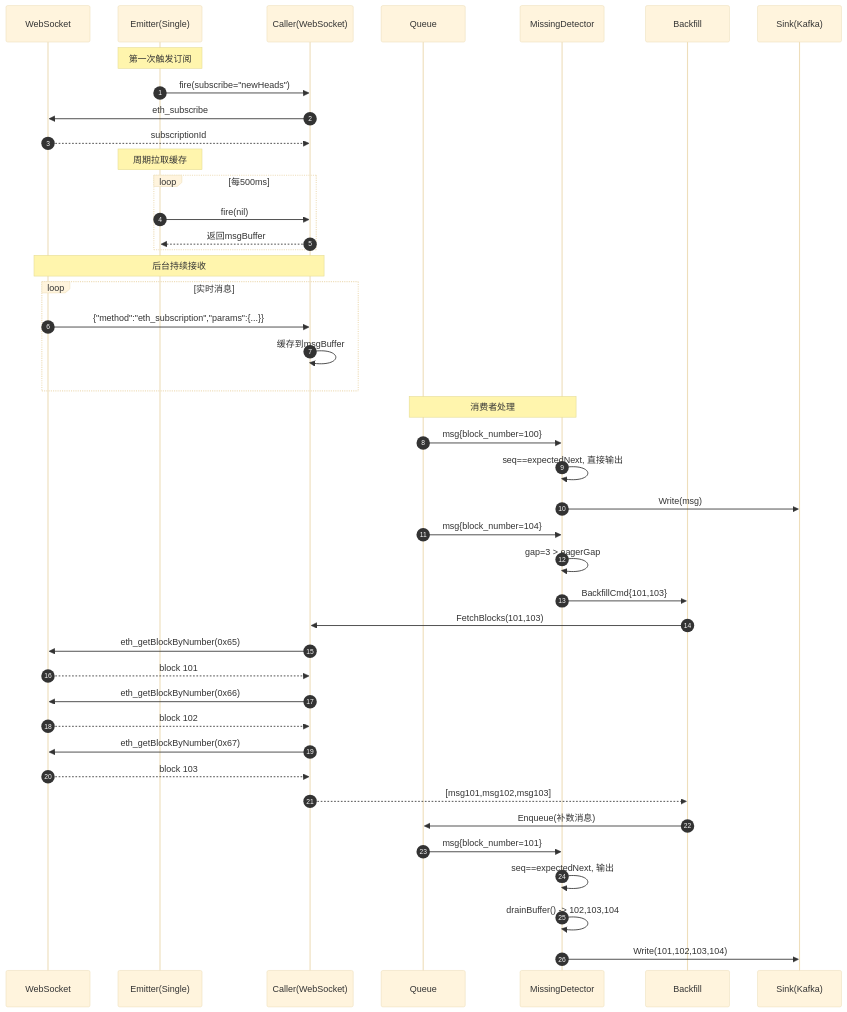
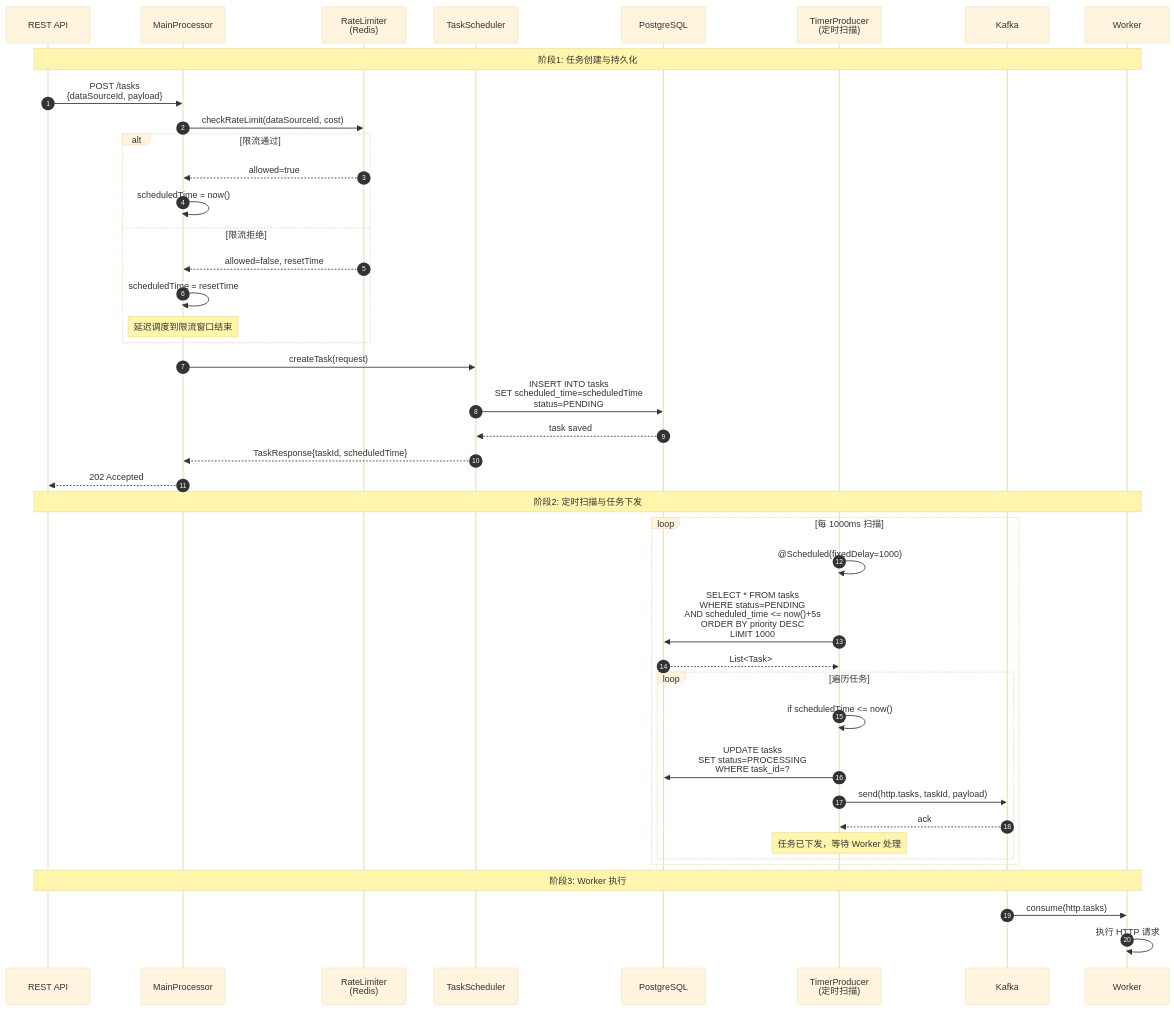
The third of 8 diagrams in datainjector/worker/ARCHITECTURE_ANALYSIS.md (sjtutwilight/CryptoAgent), drawn with Mermaid (base theme) before and after one commit. The commit also changed other lines of this file and 48 other files, not shown here.

````diff
--- a/datainjector/worker/ARCHITECTURE_ANALYSIS.md
+++ b/datainjector/worker/ARCHITECTURE_ANALYSIS.md
@@ -772,52 +130,51 @@
 ```mermaid
 sequenceDiagram
     autonumber
-    participant WS as WebSocket
-    participant E as Emitter(Single)
-    participant C as Caller(WebSocket)
-    participant Q as Queue
-    participant MD as MissingDetector
-    participant BF as Backfill
-    participant S as Sink(Kafka)
-    
-    Note over E: 第一次触发订阅
-    E->>C: fire(subscribe="newHeads")
-    C->>WS: eth_subscribe
-    WS-->>C: subscriptionId
-    
-    Note over E: 周期拉取缓存
-    loop 每500ms
-        E->>C: fire(nil)
-        C-->>E: 返回msgBuffer
+    participant API as REST API
+    participant MP as MainProcessor
+    participant RL as RateLimiter<br/>(Redis)
+    participant TS as TaskScheduler
+    participant DB as PostgreSQL
+    participant TP as TimerProducer<br/>(定时扫描)
+    participant K as Kafka
+    participant W as Worker
+
+    Note over API,W: 阶段1: 任务创建与持久化
+    API->>MP: POST /tasks<br/>{dataSourceId, payload}
+    MP->>RL: checkRateLimit(dataSourceId, cost)
+
+    alt 限流通过
+        RL-->>MP: allowed=true
+        MP->>MP: scheduledTime = now()
+    else 限流拒绝
+        RL-->>MP: allowed=false, resetTime
+        MP->>MP: scheduledTime = resetTime
+        Note over MP: 延迟调度到限流窗口结束
     end
-    
-    Note over WS,C: 后台持续接收
-    loop 实时消息
-        WS->>C: {"method":"eth_subscription","params":{...}}
-        C->>C: 缓存到msgBuffer
+
+    MP->>TS: createTask(request)
+    TS->>DB: INSERT INTO tasks<br/>SET scheduled_time=scheduledTime<br/>status=PENDING
+    DB-->>TS: task saved
+    TS-->>MP: TaskResponse{taskId, scheduledTime}
+    MP-->>API: 202 Accepted
+
+    Note over API,W: 阶段2: 定时扫描与任务下发
+    loop 每 1000ms 扫描
+        TP->>TP: @Scheduled(fixedDelay=1000)
+        TP->>DB: SELECT * FROM tasks<br/>WHERE status=PENDING<br/>AND scheduled_time <= now()+5s<br/>ORDER BY priority DESC<br/>LIMIT 1000
+        DB-->>TP: List<Task>
+
+        loop 遍历任务
+            TP->>TP: if scheduledTime <= now()
+            TP->>DB: UPDATE tasks<br/>SET status=PROCESSING<br/>WHERE task_id=?
+            TP->>K: send(http.tasks, taskId, payload)
+            K-->>TP: ack
+            Note over TP: 任务已下发，等待 Worker 处理
+        end
     end
-    
-    Note over Q,MD: 消费者处理
-    Q->>MD: msg{block_number=100}
-    MD->>MD: seq==expectedNext, 直接输出
-    MD->>S: Write(msg)
-    
-    Q->>MD: msg{block_number=104}
-    MD->>MD: gap=3 > eagerGap
-    MD->>BF: BackfillCmd{101,103}
-    
-    BF->>C: FetchBlocks(101,103)
-    C->>WS: eth_getBlockByNumber(0x65)
-    WS-->>C: block 101
-    C->>WS: eth_getBlockByNumber(0x66)
-    WS-->>C: block 102
-    C->>WS: eth_getBlockByNumber(0x67)
-    WS-->>C: block 103
-    C-->>BF: [msg101,msg102,msg103]
-    BF->>Q: Enqueue(补数消息)
-    
-    Q->>MD: msg{block_number=101}
-    MD->>MD: seq==expectedNext, 输出
-    MD->>MD: drainBuffer() -> 102,103,104
-    MD->>S: Write(101,102,103,104)
+
+    Note over API,W: 阶段3: Worker 执行
+    K->>W: consume(http.tasks)
+    W->>W: 执行 HTTP 请求
+
 ```
````
